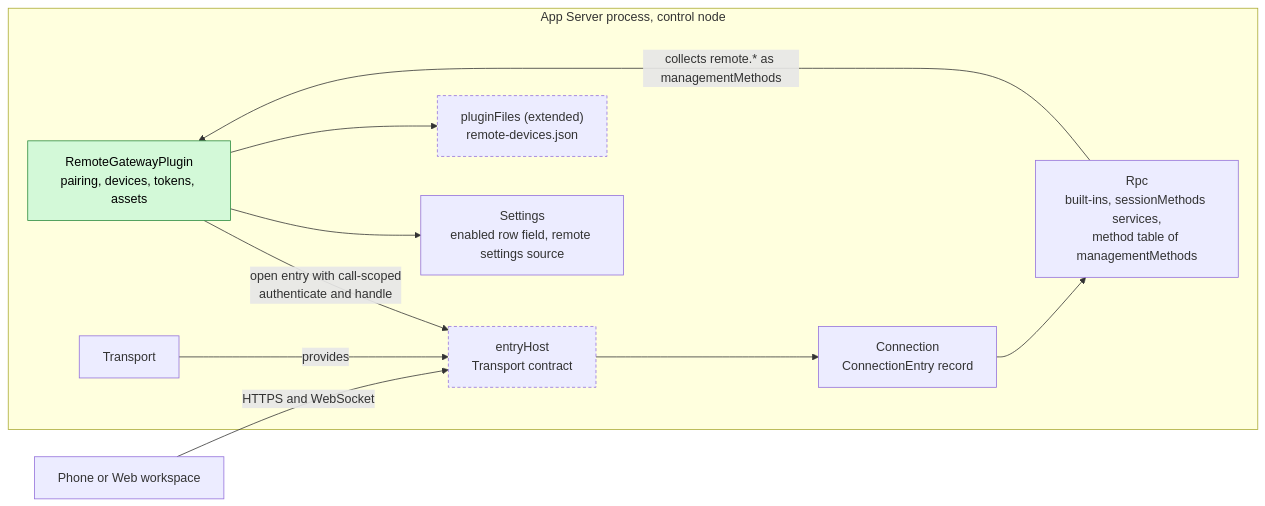
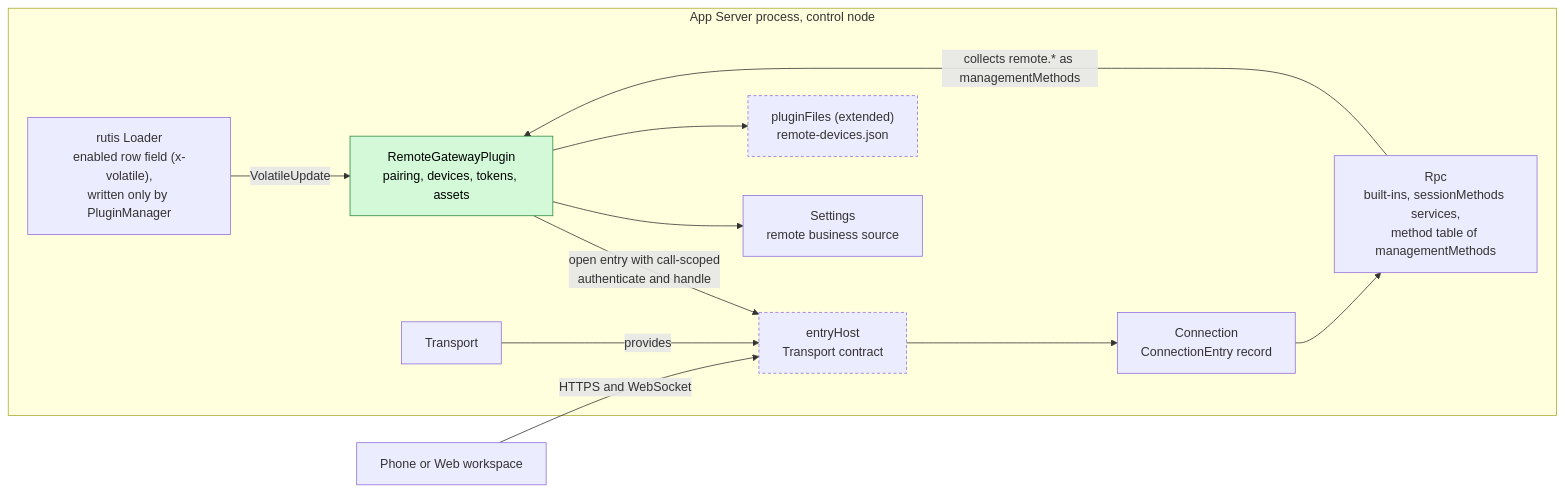
One commit to CoutinhoTTS/dim-agent changed the first of 6 diagrams in docs/design/plugins/RemoteGateway.md. Above: the diagram before and after it, drawn with Mermaid. The commit also changed other lines of this file and 40 other files, not shown here.

````diff
--- a/docs/design/plugins/RemoteGateway.md
+++ b/docs/design/plugins/RemoteGateway.md
@@ -9,23 +9,25 @@
 ```mermaid
 flowchart LR
   subgraph P["App Server process, control node"]
     RG["RemoteGatewayPlugin<br/>pairing, devices, tokens, assets"]:::new
     EH["entryHost<br/>Transport contract"]:::contract
     TR["Transport"]
     CONN["Connection<br/>ConnectionEntry record"]
     RPC["Rpc<br/>built-ins, sessionMethods services,<br/>method table of managementMethods"]
-    SET["Settings<br/>enabled row field, remote settings source"]
+    SET["Settings<br/>remote business source"]
+    LDR["rutis Loader<br/>enabled row field (x-volatile),<br/>written only by PluginManager"]
     PST["pluginFiles (extended)<br/>remote-devices.json"]:::contract
   end
   DEV["Phone or Web workspace"]
   DEV -->|"HTTPS and WebSocket"| EH
   RG -->|"open entry with call-scoped<br/>authenticate and handle"| EH
   TR -->|"provides"| EH
   EH --> CONN
   CONN --> RPC
   RPC -->|"collects remote.* as managementMethods"| RG
   RG --> SET
+  LDR -->|"VolatileUpdate"| RG
   RG --> PST
   classDef new fill:#d3f9d8,stroke:#2b8a3e,color:#000
   classDef contract stroke-dasharray:4 3
 ```
````
